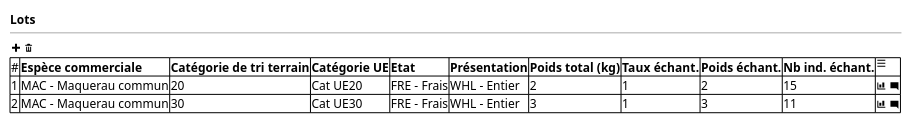
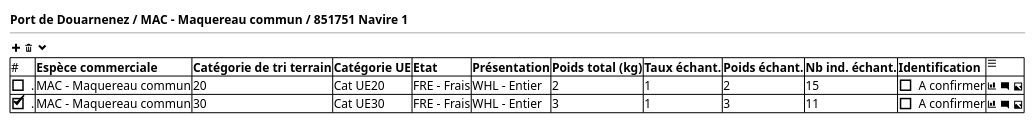
One commit to sumaris-net/sumaris-doc changed the diagram in projects/obsvente/spe/images/pv.puml. Above: the diagram before and after it, drawn with PlantUML. The commit also changed 12 other files, not shown here.

```diff
--- a/projects/obsvente/spe/images/pv.puml
+++ b/projects/obsvente/spe/images/pv.puml
@@ -1,14 +1,14 @@
 @startsalt
 {
-  <b>Lots
+  <b>Port de Douarnenez / MAC - Maquereau commun / 851751 Navire 1
   --
-  { <&plus> <&trash> }
+  { <&plus> <&trash> <&chevron-bottom> }
 
   {#
-     # | <b>Espèce commerciale | <b>Catégorie de tri terrain | <b>Catégorie UE | <b>Etat | <b>Présentation | <b>Poids total (kg) | <b>Taux échant. | <b>Poids échant. | <b>Nb ind. échant. | <&menu>
-     1 | MAC - Maquerau commun | 20 | Cat UE20 | FRE - Frais | WHL - Entier | 2 | 1 | 2 | 15 | <&bar-chart> <&comment-square>
-     2 | MAC - Maquerau commun | 30 | Cat UE30 | FRE - Frais | WHL - Entier | 3 | 1 | 3 | 11 | <&bar-chart> <&comment-square>
+     # | <b>Espèce commerciale | <b>Catégorie de tri terrain | <b>Catégorie UE | <b>Etat | <b>Présentation | <b>Poids total (kg) | <b>Taux échant. | <b>Poids échant. | <b>Nb ind. échant. | <b>Identification | <&menu>
+     [ ] . | MAC - Maquereau commun | 20 | Cat UE20 | FRE - Frais | WHL - Entier | 2 | 1 | 2 | 15 | [ ] A confirmer | <&bar-chart> <&comment-square> <&image>
+     [X] . | MAC - Maquereau commun | 30 | Cat UE30 | FRE - Frais | WHL - Entier | 3 | 1 | 3 | 11 | [ ] A confirmer | <&bar-chart> <&comment-square> <&image>
    }
 
 }
 @endsalt
```
